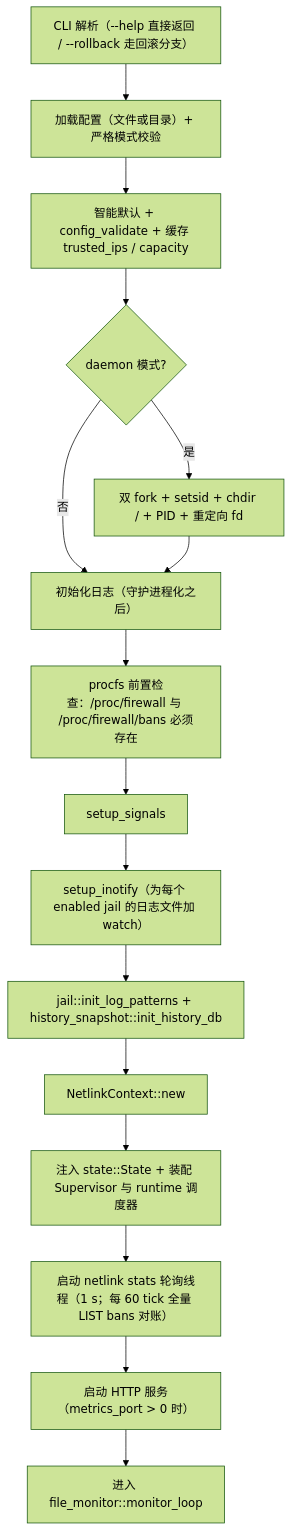
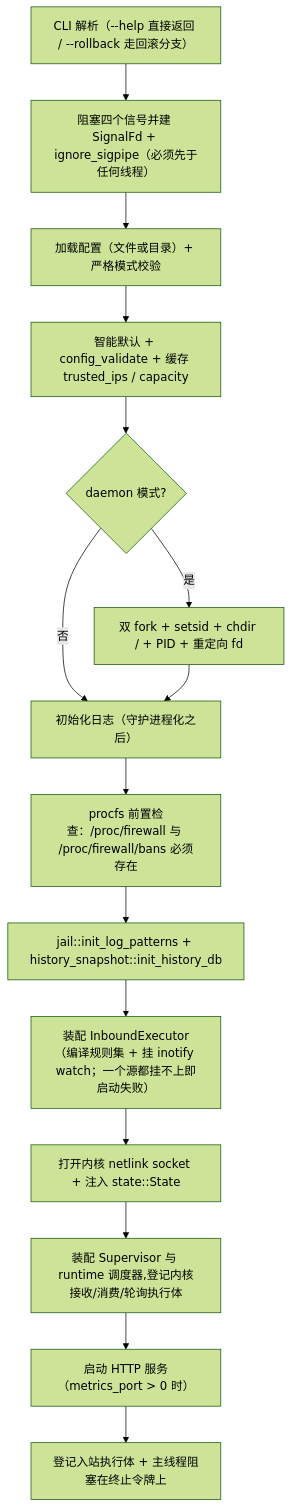
Before and after one commit to SnowCore8/linux-firewall-kmod: the diagram in docs/zh/architecture/daemon.md, drawn with Mermaid (forest theme). The commit also changed other lines of this file and 33 other files, not shown here.

````diff
--- a/docs/zh/architecture/daemon.md
+++ b/docs/zh/architecture/daemon.md
@@ -151,18 +160,17 @@
 ```mermaid
 graph TB
-    A["CLI 解析（--help 直接返回 / --rollback 走回滚分支）"] --> B["加载配置（文件或目录）+ 严格模式校验"]
-    B --> C["智能默认 + config_validate + 缓存 trusted_ips / capacity"]
-    C --> D{"daemon 模式?"}
-    D -->|是| E["双 fork + setsid + chdir / + PID + 重定向 fd"]
-    D -->|否| F["初始化日志（守护进程化之后）"]
-    E --> F
-    F --> G["procfs 前置检查：/proc/firewall 与 /proc/firewall/bans 必须存在"]
-    G --> H["setup_signals"]
-    H --> I["setup_inotify（为每个 enabled jail 的日志文件加 watch）"]
-    I --> J["jail::init_log_patterns + history_snapshot::init_history_db"]
-    J --> K["NetlinkContext::new"]
-    K --> L["注入 state::State + 装配 Supervisor 与 runtime 调度器"]
-    L --> M["启动 netlink stats 轮询线程（1 s；每 60 tick 全量 LIST bans 对账）"]
-    M --> N["启动 HTTP 服务（metrics_port > 0 时）"]
-    N --> O["进入 file_monitor::monitor_loop"]
+    A["CLI 解析（--help 直接返回 / --rollback 走回滚分支）"] --> B["阻塞四个信号并建 SignalFd + ignore_sigpipe（必须先于任何线程）"]
+    B --> C["加载配置（文件或目录）+ 严格模式校验"]
+    C --> D["智能默认 + config_validate + 缓存 trusted_ips / capacity"]
+    D --> E{"daemon 模式?"}
+    E -->|是| F["双 fork + setsid + chdir / + PID + 重定向 fd"]
+    E -->|否| G["初始化日志（守护进程化之后）"]
+    F --> G
+    G --> H["procfs 前置检查：/proc/firewall 与 /proc/firewall/bans 必须存在"]
+    H --> I["jail::init_log_patterns + history_snapshot::init_history_db"]
+    I --> J["装配 InboundExecutor（编译规则集 + 挂 inotify watch；一个源都挂不上即启动失败）"]
+    J --> K["打开内核 netlink socket + 注入 state::State"]
+    K --> L["装配 Supervisor 与 runtime 调度器,登记内核接收/消费/轮询执行体"]
+    L --> M["启动 HTTP 服务（metrics_port > 0 时）"]
+    M --> N["登记入站执行体 + 主线程阻塞在终止令牌上"]
 ```
````
